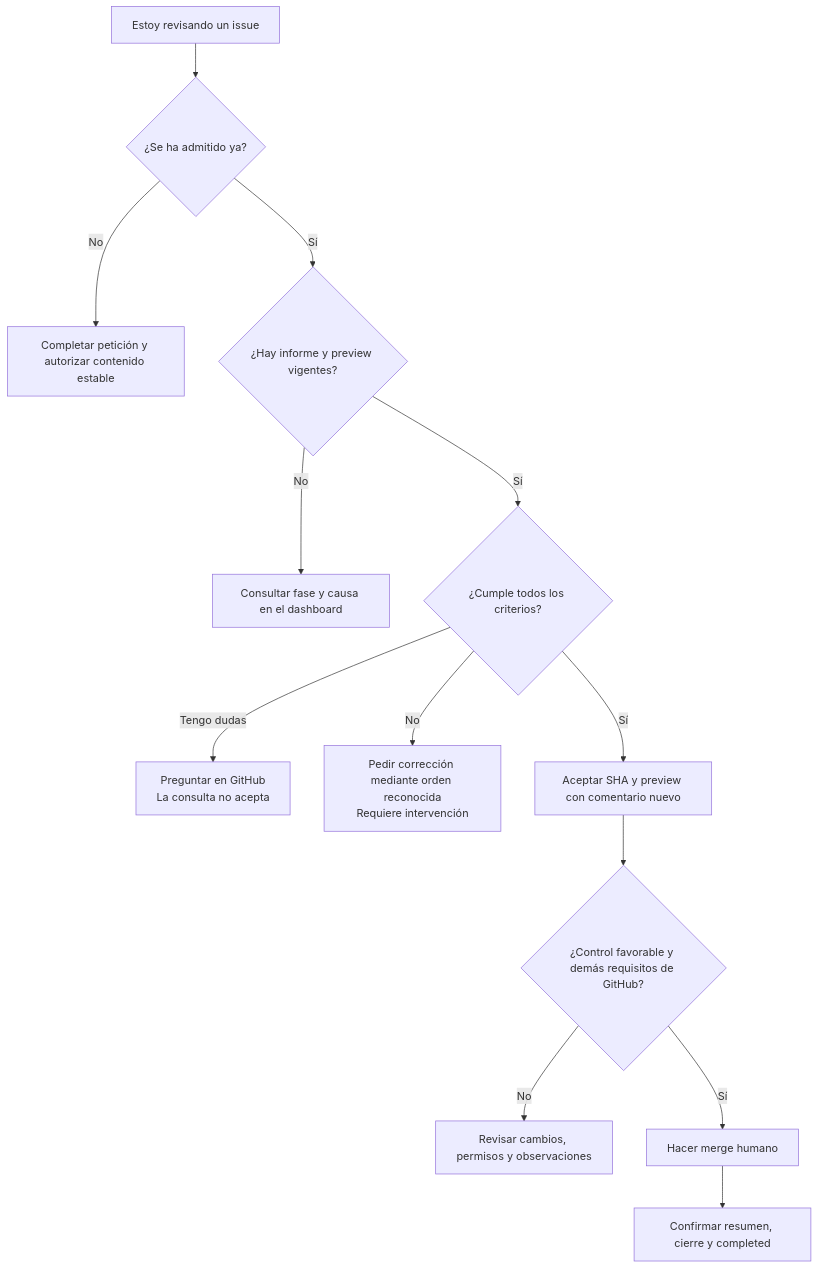
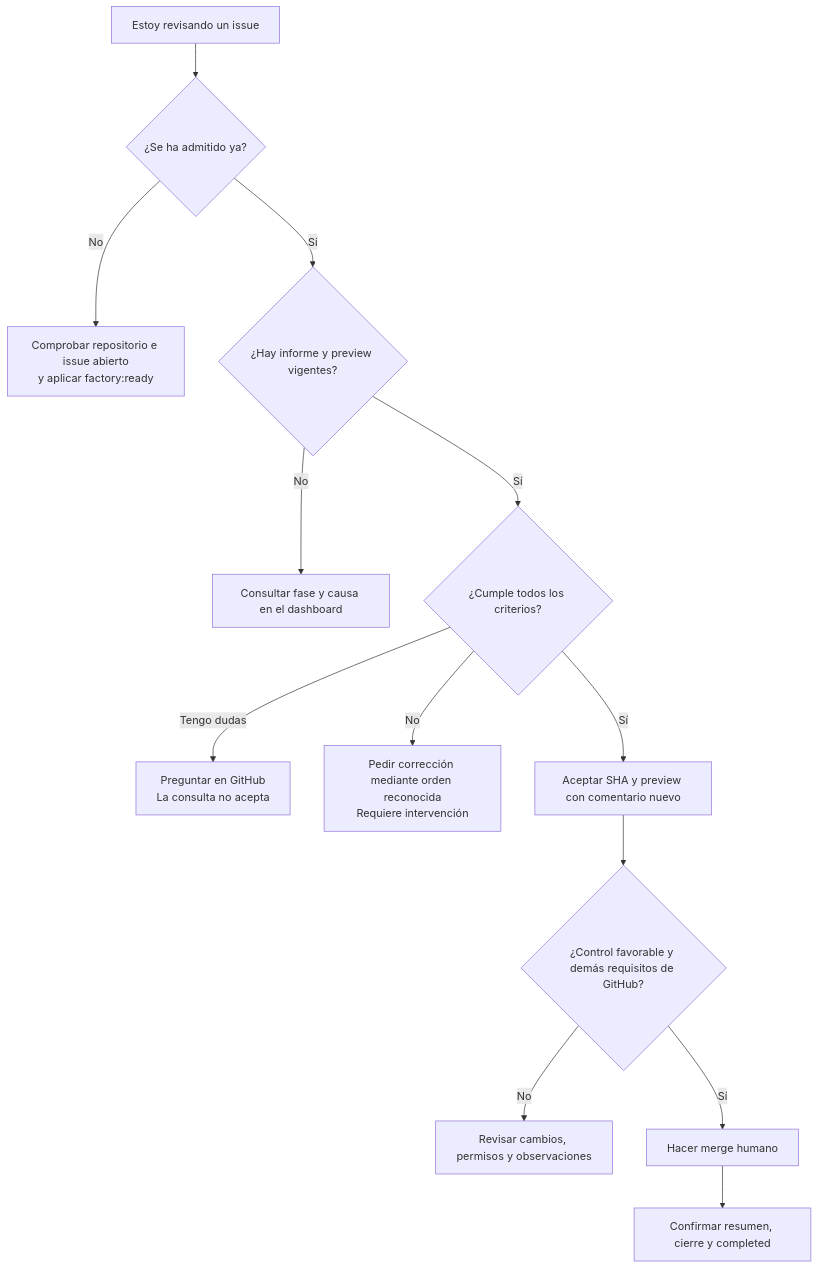
One commit to rubenbp/app-foundry changed the diagram in docs/manual/06-guia-de-un-issue.md. Above: the diagram before and after it, drawn with Mermaid. The commit also changed other lines of this file and 31 other files, not shown here.

Commit message:
Simplify issue admission to factory:ready

````diff
--- a/docs/manual/06-guia-de-un-issue.md
+++ b/docs/manual/06-guia-de-un-issue.md
@@ -30,15 +30,15 @@
 ```mermaid
 flowchart TD
     R["Estoy revisando un issue"] --> A{"¿Se ha admitido ya?"}
-    A -->|"No"| P["Completar petición y autorizar contenido estable"]
+    A -->|"No"| P["Comprobar repositorio e issue abierto<br/>y aplicar factory:ready"]
     A -->|"Sí"| C{"¿Hay informe y preview vigentes?"}
     C -->|"No"| E["Consultar fase y causa en el dashboard"]
     C -->|"Sí"| B{"¿Cumple todos los criterios?"}
     B -->|"Tengo dudas"| Q["Preguntar en GitHub<br/>La consulta no acepta"]
     B -->|"No"| X["Pedir corrección mediante orden reconocida<br/>Requiere intervención"]
     B -->|"Sí"| H["Aceptar SHA y preview con comentario nuevo"]
     H --> G{"¿Control favorable y demás requisitos de GitHub?"}
     G -->|"No"| V["Revisar cambios, permisos y observaciones"]
     G -->|"Sí"| M["Hacer merge humano"]
     M --> F["Confirmar resumen, cierre y completed"]
 ```
````
